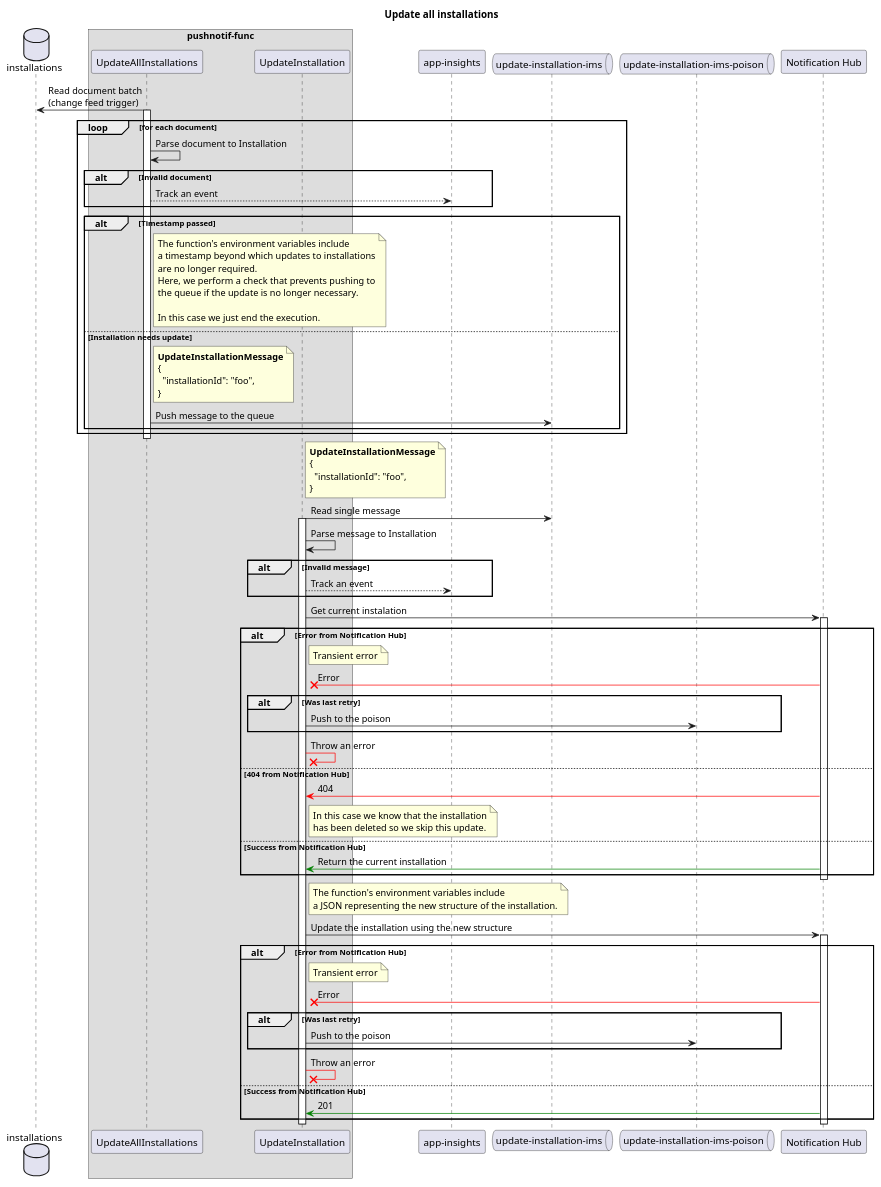
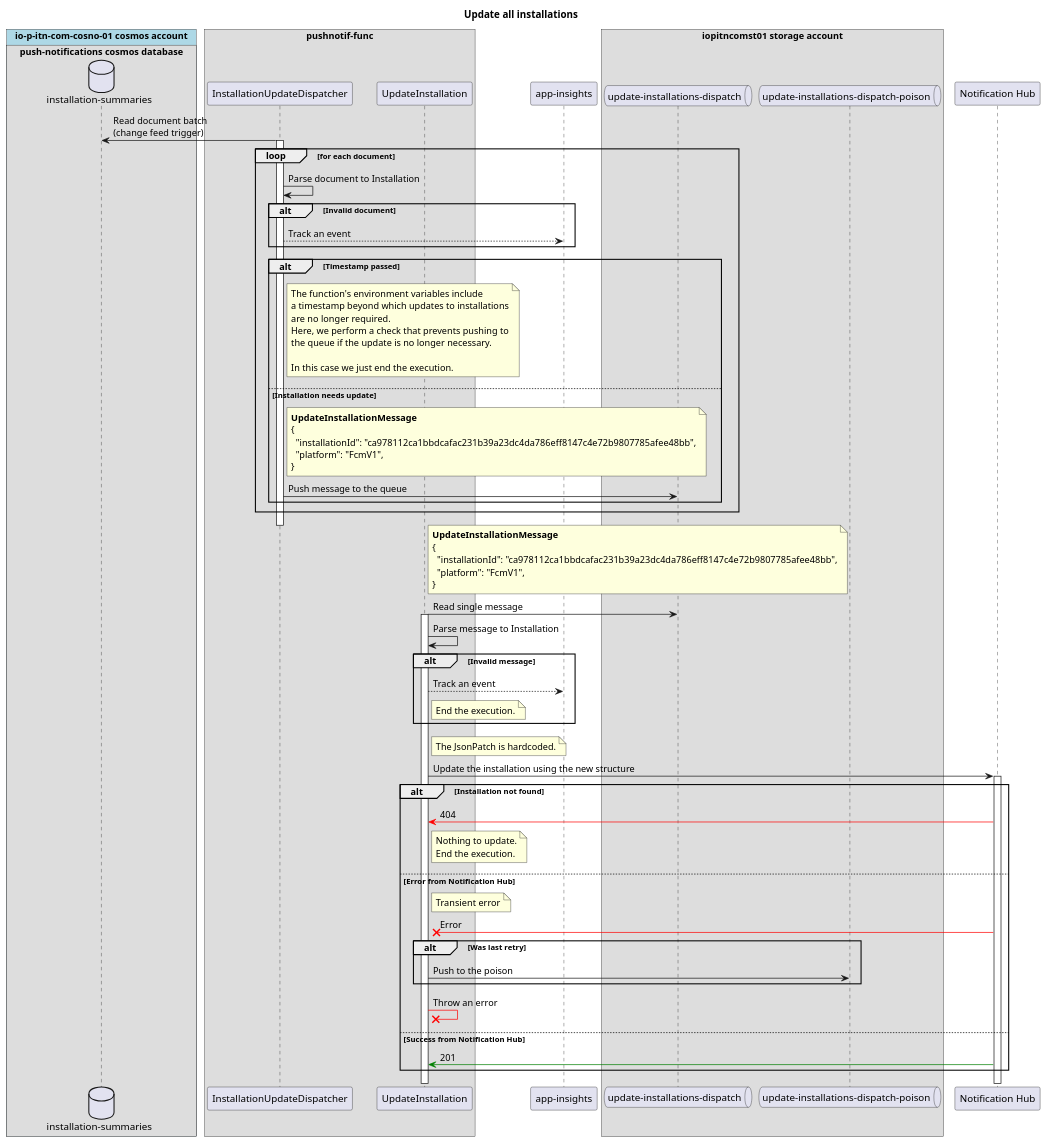
The diagram in docs/installation-updater/update-all-installations.puml (pagopa/io-messages), drawn with PlantUML before and after one commit. The commit also changed 27 other files, not shown here.

First line of the commit message:
Add InstallationUpdateDispatcher

```diff
--- a/docs/installation-updater/update-all-installations.puml
+++ b/docs/installation-updater/update-all-installations.puml
@@ -1,110 +1,104 @@
 @startuml
 
 title Update all installations
 
-database "installations" as ic
+!pragma teoz true
+box "io-p-itn-com-cosno-01 cosmos account" #LightBlue
+  box "push-notifications cosmos database"
+    database "installation-summaries" as ic
+  end box
+end box
 
 box "pushnotif-func"
-  participant "UpdateAllInstallations" as uai
+  participant "InstallationUpdateDispatcher" as uai
   participant "UpdateInstallation" as ui
 end box
 
 participant "app-insights" as ai
 
-queue "update-installation-ims" as uiq
-queue "update-installation-ims-poison" as uiqp
+box "iopitncomst01 storage account"
+  queue "update-installations-dispatch" as uiq
+  queue "update-installations-dispatch-poison" as uiqp
+end box
 
 participant "Notification Hub" as nh
 
 uai -> ic : Read document batch\n(change feed trigger)
 activate uai
 
 loop for each document
   uai -> uai : Parse document to Installation
   alt Invalid document
     uai --> ai : Track an event
   end
   alt Timestamp passed
     note right of uai
       The function's environment variables include
       a timestamp beyond which updates to installations
       are no longer required.
       Here, we perform a check that prevents pushing to
       the queue if the update is no longer necessary.
 
       In this case we just end the execution.
     end note
   else Installation needs update
     note right of uai
       **UpdateInstallationMessage**
       {
-        "installationId": "foo",
+        "installationId": "ca978112ca1bbdcafac231b39a23dc4da786eff8147c4e72b9807785afee48bb",
+        "platform": "FcmV1",
       }
     end note
     uai -> uiq : Push message to the queue
   end
 end
 
 deactivate uai
 
 note right of ui
   **UpdateInstallationMessage**
   {
-    "installationId": "foo",
+    "installationId": "ca978112ca1bbdcafac231b39a23dc4da786eff8147c4e72b9807785afee48bb",
+    "platform": "FcmV1",
   }
 end note
 ui -> uiq : Read single message
 activate ui
 
 ui -> ui : Parse message to Installation
 alt Invalid message
   ui --> ai : Track an event
+  note right of ui
+    End the execution.
+  end note
 end
 
-ui -> nh : Get current instalation
-activate nh
-
-alt Error from Notification Hub
-  note right of ui
-    Transient error
-  end note
-  nh -[#red]x ui : Error
-  alt Was last retry
-    ui -> uiqp: Push to the poison
-  end
-  ui -[#red]x ui : Throw an error
-else 404 from Notification Hub
-  nh -[#red]> ui : 404
-  note right of ui
-    In this case we know that the installation
-    has been deleted so we skip this update.
-  end note
-else Success from Notification Hub
-  nh -[#green]> ui : Return the current installation
-end
-deactivate nh
-
 note right of ui
-  The function's environment variables include
-  a JSON representing the new structure of the installation.
+  The JsonPatch is hardcoded.
 end note
 ui -> nh : Update the installation using the new structure
 activate nh
 
-alt Error from Notification Hub
+alt Installation not found
+  nh -[#red]> ui : 404
+  note right of ui
+    Nothing to update.
+    End the execution.
+  end note
+else Error from Notification Hub
   note right of ui
     Transient error
   end note
   nh -[#red]x ui : Error
   alt Was last retry
     ui -> uiqp: Push to the poison
   end
   ui -[#red]x ui : Throw an error
 else Success from Notification Hub
   nh -[#green]> ui : 201
 end
 deactivate nh
 
 deactivate ui
 
 @enduml
```
